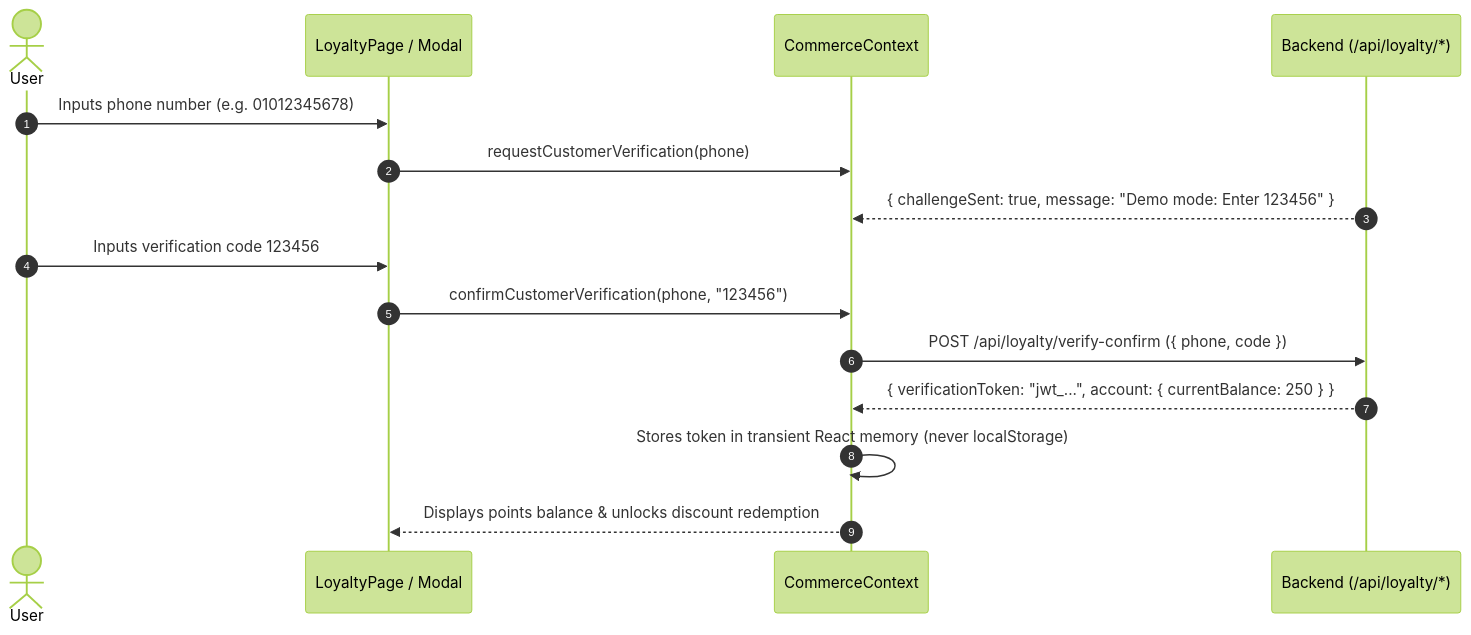
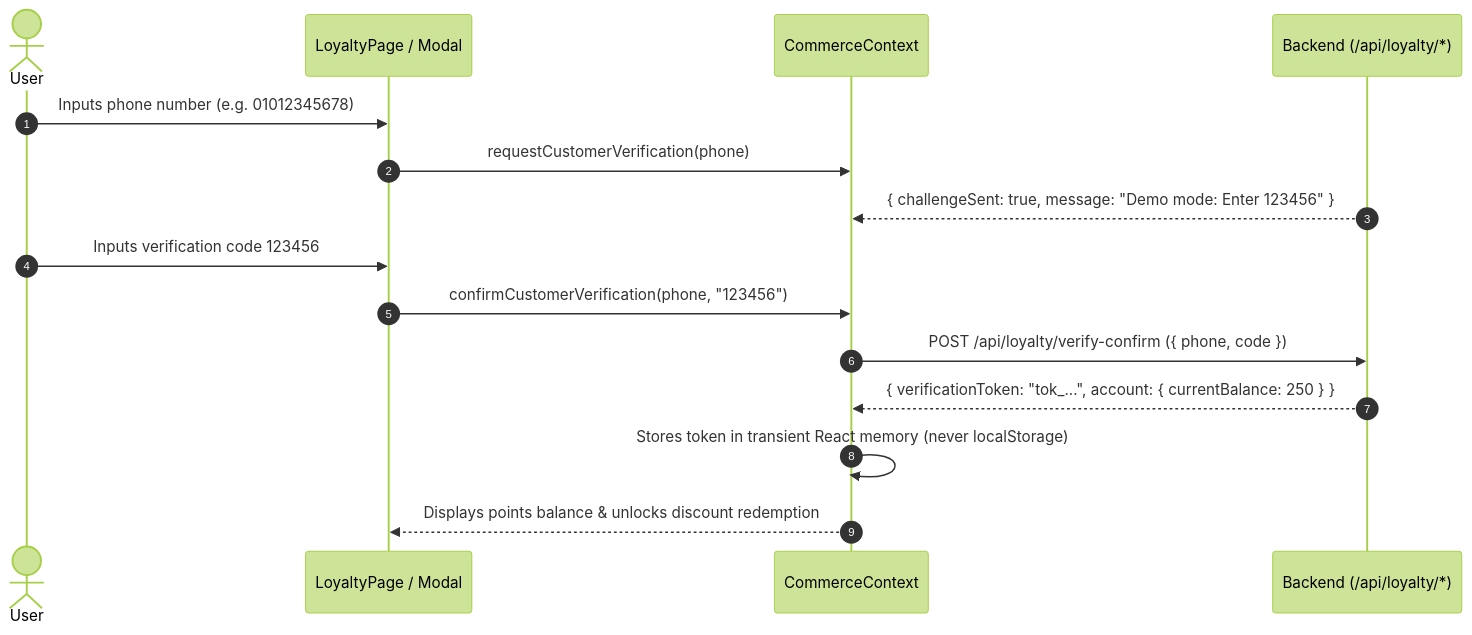
One commit to gamalwessam21/TryOnStudio changed the eighth of 11 diagrams in README.md. Above: the diagram before and after it, drawn with Mermaid (forest theme). The commit also changed other lines of this file, not shown here.

Commit message:
docs: align README with authoritative backend Swagger specification

````diff
--- a/README.md
+++ b/README.md
@@ -444,18 +454,18 @@
 ```mermaid
 sequenceDiagram
     autonumber
     actor User
     participant Modal as LoyaltyPage / Modal
     participant CommCtx as CommerceContext
     participant Backend as Backend (/api/loyalty/*)
 
     User->>Modal: Inputs phone number (e.g. 01012345678)
     Modal->>CommCtx: requestCustomerVerification(phone)
     Backend-->>CommCtx: { challengeSent: true, message: "Demo mode: Enter 123456" }
     User->>Modal: Inputs verification code 123456
     Modal->>CommCtx: confirmCustomerVerification(phone, "123456")
     CommCtx->>Backend: POST /api/loyalty/verify-confirm ({ phone, code })
-    Backend-->>CommCtx: { verificationToken: "jwt_...", account: { currentBalance: 250 } }
+    Backend-->>CommCtx: { verificationToken: "tok_...", account: { currentBalance: 250 } }
     CommCtx->>CommCtx: Stores token in transient React memory (never localStorage)
     CommCtx-->>Modal: Displays points balance & unlocks discount redemption
 ```
````
